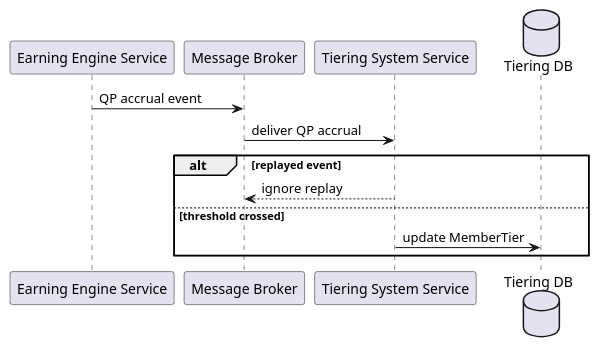
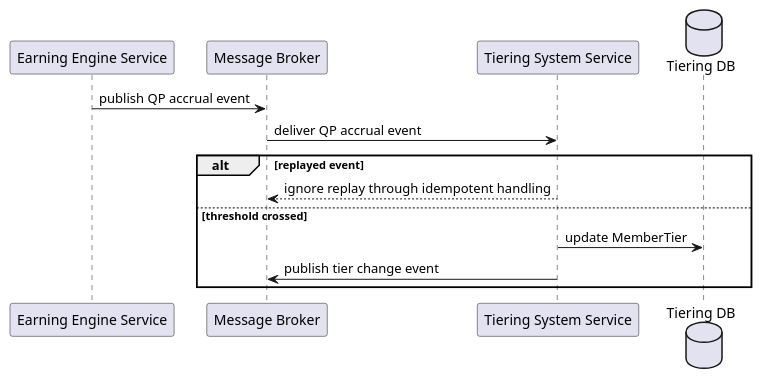
Before and after one commit to quangvtuet/loyalty_system_docs: the third of 6 diagrams in lab-10-uml-after.md, drawn with PlantUML. The commit also changed other lines of this file and 3 other files, not shown here.

````diff
--- a/lab-10-uml-after.md
+++ b/lab-10-uml-after.md
@@ -81,15 +97,16 @@
 ```plantuml
 @startuml
 participant "Earning Engine Service" as Earning
 participant "Message Broker" as Broker
 participant "Tiering System Service" as Tiering
-database "Tiering DB" as DB
-Earning -> Broker: QP accrual event
-Broker -> Tiering: deliver QP accrual
+database "Tiering DB" as TieringDB
+Earning -> Broker : publish QP accrual event
+Broker -> Tiering : deliver QP accrual event
 alt replayed event
-  Tiering --> Broker: ignore replay
+  Tiering --> Broker : ignore replay through idempotent handling
 else threshold crossed
-  Tiering -> DB: update MemberTier
+  Tiering -> TieringDB : update MemberTier
+  Tiering -> Broker : publish tier change event
 end
 @enduml
 ```
````
